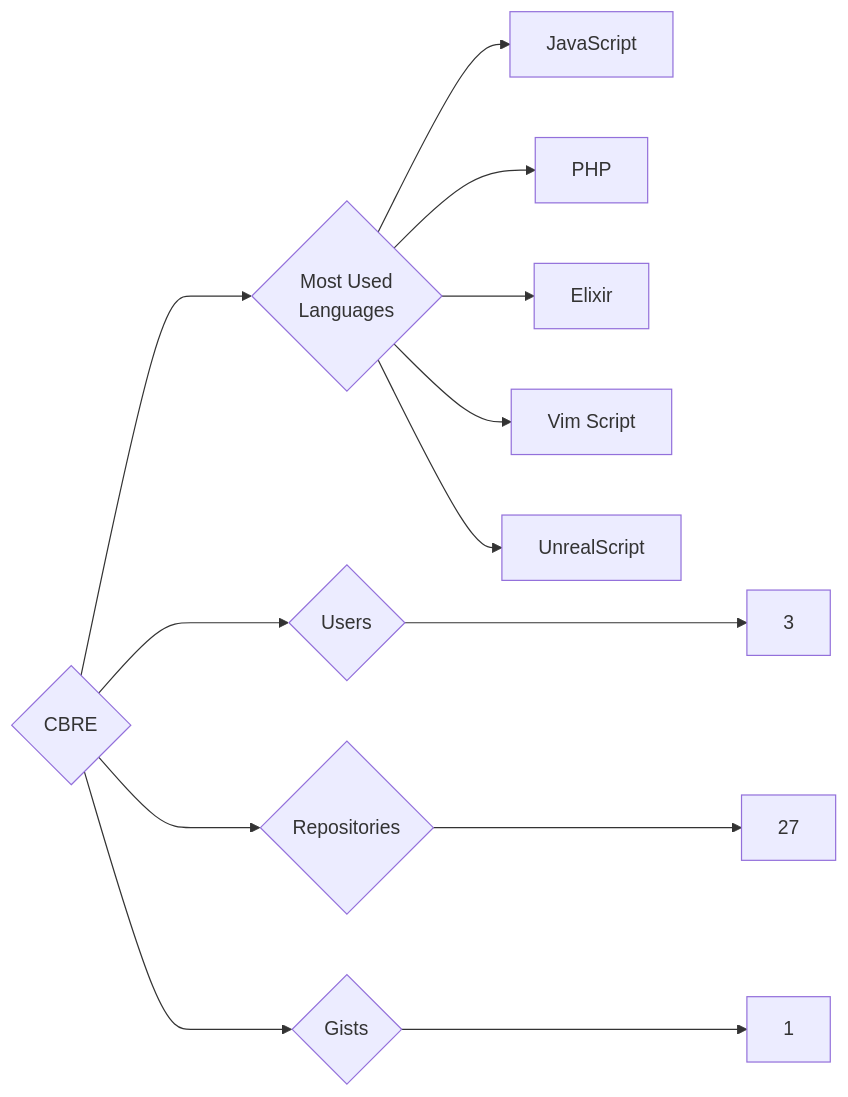
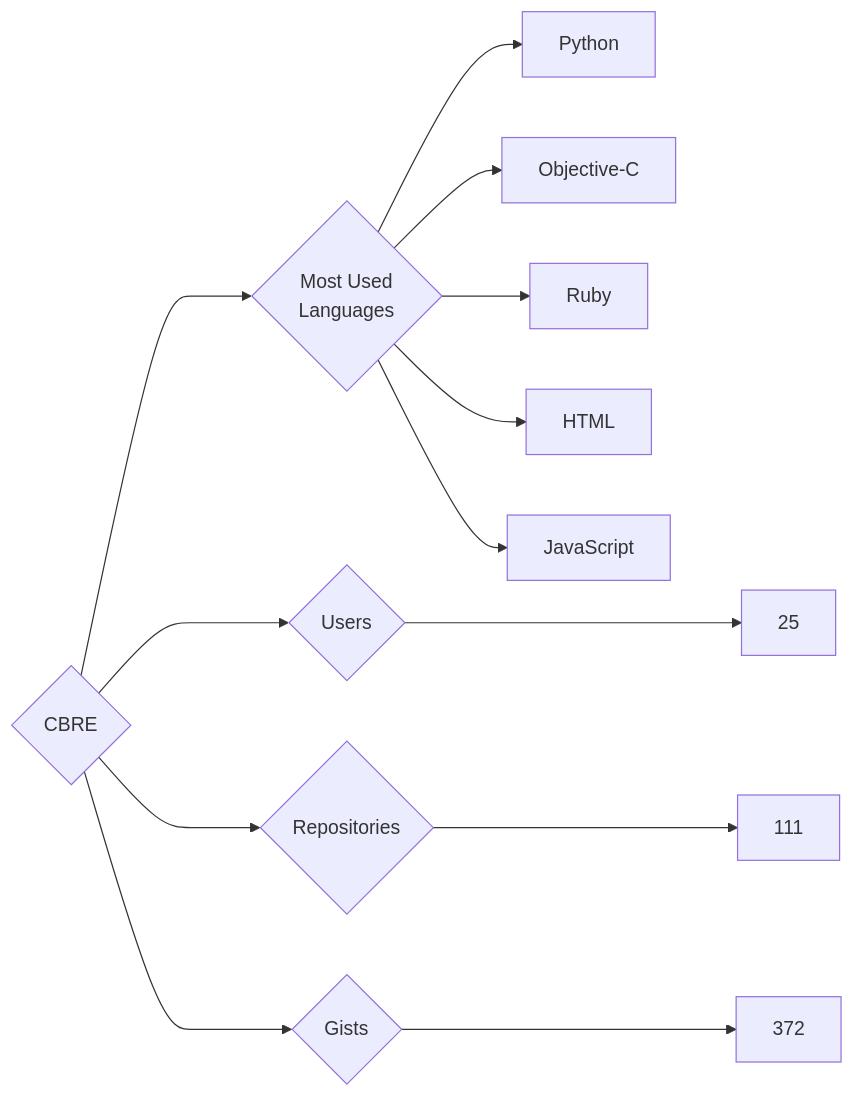
The diagram in targets/CBRE/README.md (trickest/insiders), drawn with Mermaid before and after one commit. The commit also changed 786 other files, not shown here.

````diff
--- a/targets/CBRE/README.md
+++ b/targets/CBRE/README.md
@@ -3,13 +3,13 @@
 ```mermaid
 graph LR
 COMPANY_NAME{CBRE}
-COMPANY_NAME ---> U{Users} ---> UN[3]
-COMPANY_NAME ---> R{Repositories} ---> RN[27]
-COMPANY_NAME ---> G{Gists} ---> GN[1]
+COMPANY_NAME ---> U{Users} ---> UN[25]
+COMPANY_NAME ---> R{Repositories} ---> RN[111]
+COMPANY_NAME ---> G{Gists} ---> GN[372]
 COMPANY_NAME ---> ML{Most Used<br>Languages}
+ML --> Python[Python]
+ML --> Objective-C[Objective-C]
+ML --> Ruby[Ruby]
+ML --> HTML[HTML]
 ML --> JavaScript[JavaScript]
-ML --> PHP[PHP]
-ML --> Elixir[Elixir]
-ML --> Vim_Script[Vim Script]
-ML --> UnrealScript[UnrealScript]
 ```
````
